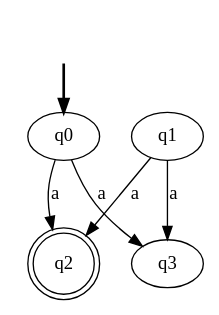
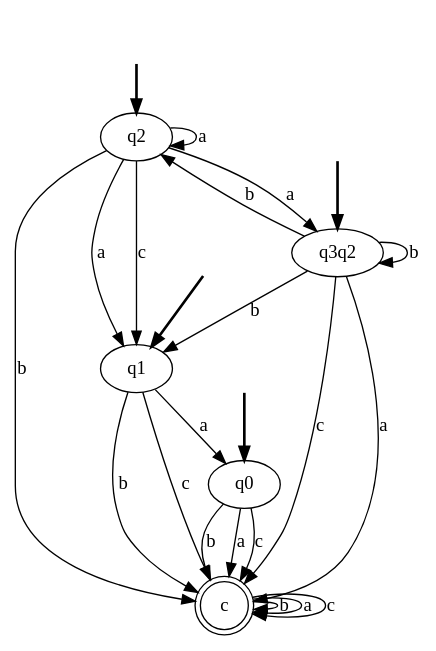
Before and after one commit to madjique/Les-automates: the diagram in input.dot, drawn with Graphviz. The commit also changed 2 other files, not shown here.

```diff
--- a/input.dot
+++ b/input.dot
@@ -1,12 +1,34 @@
 digraph {
 	fake0 [style=invisible]
+	fake1 [style=invisible]
+	fake2 [style=invisible]
+	fake3 [style=invisible]
+	c [shape=doublecircle]
 	q0 [root=true]
-	q2 [shape=doublecircle]
-	q1
-	q3
-	fake0 -> q0 [style=bold]
-	q1 -> q2 [label=a]
-	q1 -> q3 [label=a]
-	q0 -> q2 [label=a]
-	q0 -> q3 [label=a]
+	q3q2 [root=true]
+	q2 [root=true]
+	q1 [root=true]
+	fake3 -> q0 [style=bold]
+	fake2 -> q1 [style=bold]
+	fake1 -> q3q2 [style=bold]
+	fake0 -> q2 [style=bold]
+	q3q2 -> q1 [label=b]
+	q3q2 -> q3q2 [label=b]
+	q3q2 -> q2 [label=b]
+	q2 -> q1 [label=a]
+	q2 -> q3q2 [label=a]
+	q2 -> q2 [label=a]
+	q2 -> q1 [label=c]
+	q1 -> q0 [label=a]
+	q1 -> c [label=b]
+	q1 -> c [label=c]
+	c -> c [label=b]
+	c -> c [label=a]
+	c -> c [label=c]
+	q0 -> c [label=b]
+	q0 -> c [label=a]
+	q0 -> c [label=c]
+	q3q2 -> c [label=a]
+	q3q2 -> c [label=c]
+	q2 -> c [label=b]
 }
```
